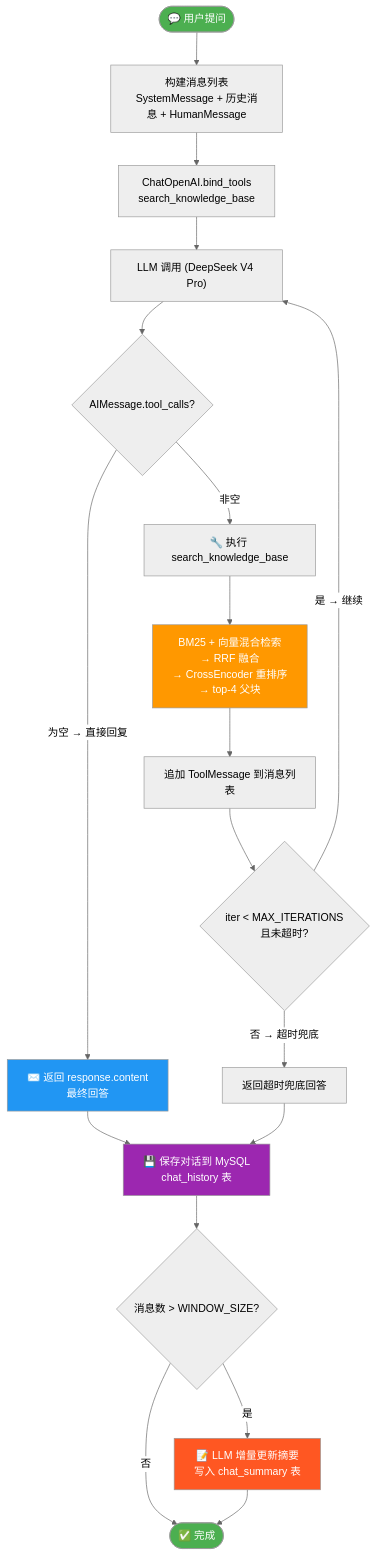
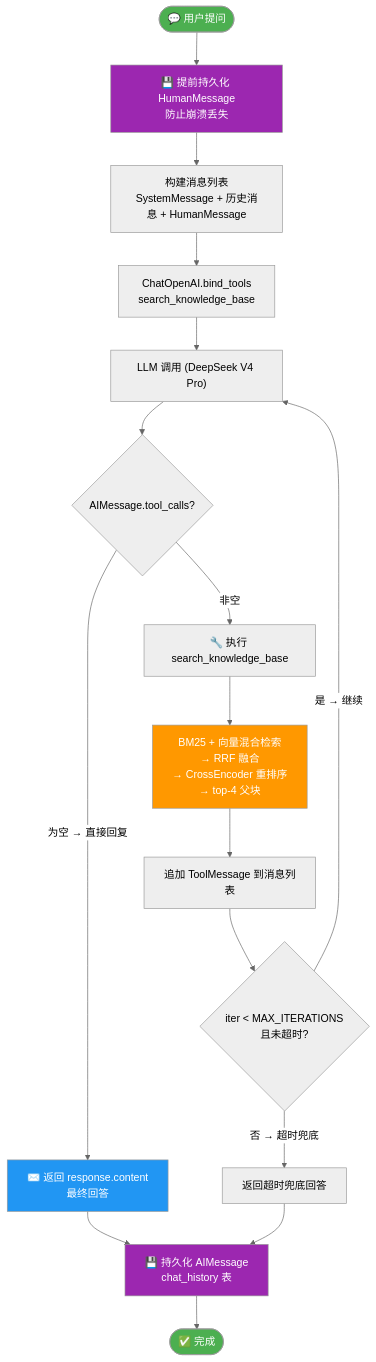
Before and after one commit to 2059217759-arch/rag_langchain_project: the second of 4 diagrams in README.md, drawn with Mermaid (neutral theme). The commit also changed other lines of this file and 16 other files, not shown here.

````diff
--- a/README.md
+++ b/README.md
@@ -325,34 +324,30 @@
 ```mermaid
 flowchart TD
-    Start(["💬 用户提问"]) --> BuildMsg["构建消息列表<br/>SystemMessage + 历史消息 + HumanMessage"]
+    Start(["💬 用户提问"]) --> PersistUser["💾 提前持久化 HumanMessage<br/>防止崩溃丢失"]
+    PersistUser --> BuildMsg["构建消息列表<br/>SystemMessage + 历史消息 + HumanMessage"]
     BuildMsg --> BindTools["ChatOpenAI.bind_tools<br/>search_knowledge_base"]
     BindTools --> LLMCall["LLM 调用 (DeepSeek V4 Pro)"]
 
     LLMCall --> CheckTC{"AIMessage.tool_calls?"}
 
     CheckTC -- "为空 → 直接回复" --> Final["✉️ 返回 response.content<br/>最终回答"]
     CheckTC -- "非空" --> ExecTool["🔧 执行 search_knowledge_base"]
 
     ExecTool --> Search["BM25 + 向量混合检索<br/>→ RRF 融合<br/>→ CrossEncoder 重排序<br/>→ top-4 父块"]
 
     Search --> ToolMsg["追加 ToolMessage 到消息列表"]
     ToolMsg --> CheckIter{"iter &lt; MAX_ITERATIONS<br/>且未超时?"}
     CheckIter -- "是 → 继续" --> LLMCall
     CheckIter -- "否 → 超时兜底" --> Timeout["返回超时兜底回答"]
 
-    Final --> SaveHistory["💾 保存对话到 MySQL<br/>chat_history 表"]
-    Timeout --> SaveHistory
-
-    SaveHistory --> CheckWindow{"消息数 &gt; WINDOW_SIZE?"}
-    CheckWindow -- "是" --> UpdateSummary["📝 LLM 增量更新摘要<br/>写入 chat_summary 表"]
-    CheckWindow -- "否" --> Done(["✅ 完成"])
-
-    UpdateSummary --> Done
+    Final --> SaveAI["💾 持久化 AIMessage<br/>chat_history 表"]
+    Timeout --> SaveAI
+    SaveAI --> Done(["✅ 完成"])
 
     style Start fill:#4CAF50,color:#fff
     style Final fill:#2196F3,color:#fff
     style Done fill:#4CAF50,color:#fff
     style Search fill:#FF9800,color:#fff
-    style SaveHistory fill:#9C27B0,color:#fff
-    style UpdateSummary fill:#FF5722,color:#fff
+    style PersistUser fill:#9C27B0,color:#fff
+    style SaveAI fill:#9C27B0,color:#fff
 ```
````
